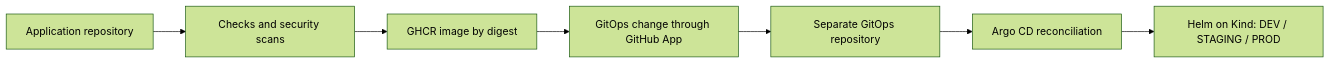
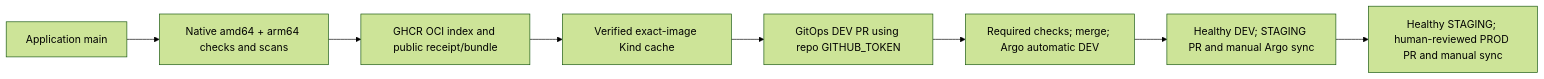
The fifth of 5 diagrams in ARCHITECTURE.md (prasanthece42/aegis-cicd), drawn with Mermaid (forest theme) before and after one commit. The commit also changed other lines of this file and 5 other files, not shown here.

````diff
--- a/ARCHITECTURE.md
+++ b/ARCHITECTURE.md
@@ -76,9 +76,10 @@
 ```mermaid
 flowchart LR
-    Source[Application repository] --> CI[Checks and security scans]
-    CI --> Registry[GHCR image by digest]
-    Registry --> Update[GitOps change through GitHub App]
-    Update --> GitOps[Separate GitOps repository]
-    GitOps --> Argo[Argo CD reconciliation]
-    Argo --> K8s[Helm on Kind: DEV / STAGING / PROD]
+    Source[Application main] --> CI[Native amd64 + arm64 checks and scans]
+    CI --> Release[GHCR OCI index and public receipt/bundle]
+    Release --> Cache[Verified exact-image Kind cache]
+    Cache --> PR[GitOps DEV PR using repo GITHUB_TOKEN]
+    PR --> DEV[Required checks; merge; Argo automatic DEV]
+    DEV --> Stage[Healthy DEV; STAGING PR and manual Argo sync]
+    Stage --> Prod[Healthy STAGING; human-reviewed PROD PR and manual sync]
 ```
````
